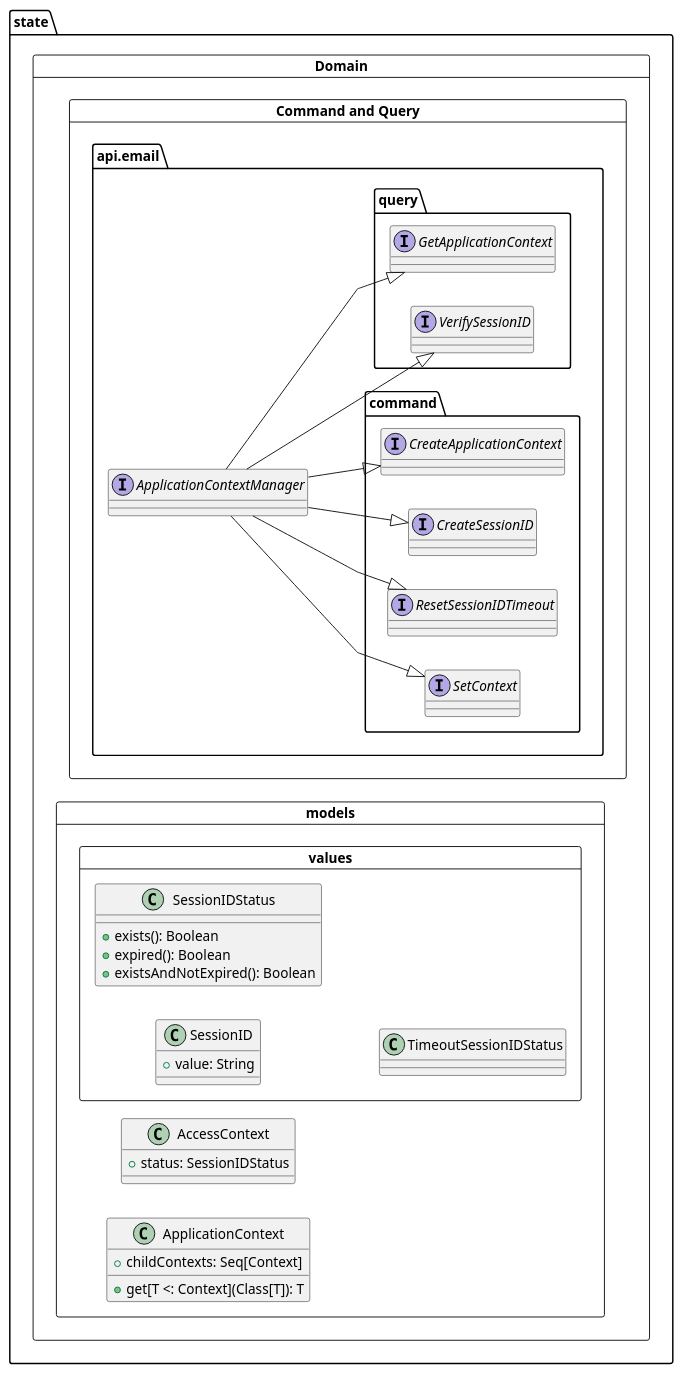
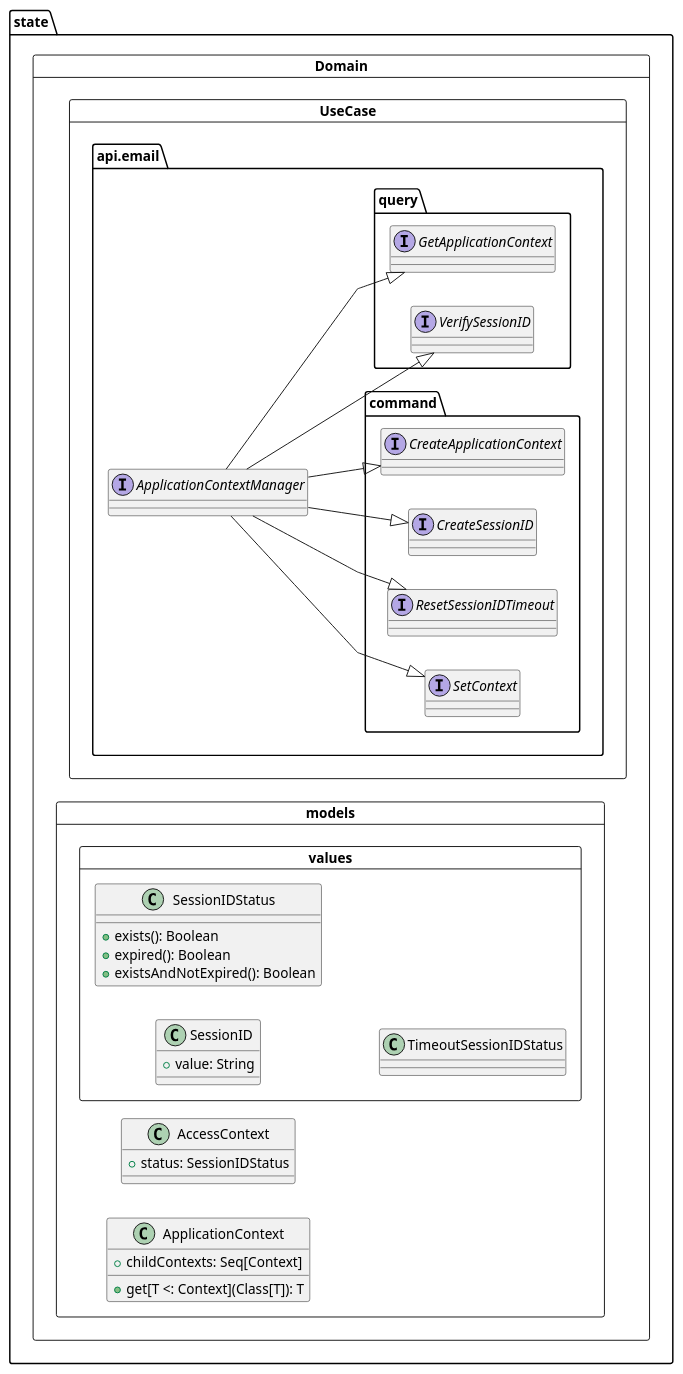
One commit to aya-eiya/gradle-vertx-sample changed the diagram in docs/uml/part/state.puml. Above: the diagram before and after it, drawn with PlantUML. The commit also changed 9 other files, not shown here.

```diff
--- a/docs/uml/part/state.puml
+++ b/docs/uml/part/state.puml
@@ -1,56 +1,55 @@
 @startuml
 skinparam linetype polyline
 left to right direction
 
 package "state" {
-  card "Domain" as state.Domain {
-    card "Command and Query" as state.Domain.CQ {
-      package "api.email" as state.Domain.CQ.api {
-        interface "ApplicationContextManager" as state.Domain.CQ.api.ApplicationContextManager {
-        }
-        package "command" as state.Domain.CQ.api.command {
-          interface "CreateApplicationContext" as state.Domain.CQ.api.command.CreateApplicationContext
-          interface "CreateSessionID" as state.Domain.CQ.api.command.CreateSessionID
-          interface "ResetSessionIDTimeout" as state.Domain.CQ.api.command.ResetSessionIDTimeout
-          interface "SetContext" as state.Domain.CQ.api.command.SetContext
-        }
-        package "query" as state.Domain.CQ.api.query {
-          interface "GetApplicationContext" as state.Domain.CQ.api.query.GetApplicationContext
-          interface "VerifySessionID" as state.Domain.CQ.api.query.VerifySessionID
-        }
+  card "UseCase" as state.Domain.CQ {
+    package "api.email" as state.Domain.CQ.api {
+      interface "ApplicationContextManager" as state.Domain.CQ.api.ApplicationContextManager {
+      }
+      package "command" as state.Domain.CQ.api.command {
+        interface "CreateApplicationContext" as state.Domain.CQ.api.command.CreateApplicationContext
+        interface "CreateSessionID" as state.Domain.CQ.api.command.CreateSessionID
+        interface "ResetSessionIDTimeout" as state.Domain.CQ.api.command.ResetSessionIDTimeout
+        interface "SetContext" as state.Domain.CQ.api.command.SetContext
+      }
+      package "query" as state.Domain.CQ.api.query {
+        interface "GetApplicationContext" as state.Domain.CQ.api.query.GetApplicationContext
+        interface "VerifySessionID" as state.Domain.CQ.api.query.VerifySessionID
       }
     }
   }
 
-  package "Domain" as state.Domain {
+  card "Domain" as state.Domain {
+
     card "models" as state.Domain.models {
       class "AccessContext" as state.Domain.models.AccessContext {
         +status: SessionIDStatus
       }
       class "ApplicationContext" as state.Domain.models.ApplicationContext {
         +childContexts: Seq[Context]
         +get[T <: Context](Class[T]): T
       }
       card "values" as state.Domain.models.values {
         class "SessionID" as state.Domain.models.values.SessionID {
           +value: String
         }
         class "SessionIDStatus" as state.Domain.models.values.SessionIDStatus {
           +exists(): Boolean
           +expired(): Boolean
           +existsAndNotExpired(): Boolean
         }
         class "TimeoutSessionIDStatus" as state.Domain.models.values.TimeoutSessionIDStatus {
         }
       }
     }
   }
 }
 
 state.Domain.CQ.api.ApplicationContextManager -down-|> state.Domain.CQ.api.command.CreateApplicationContext
 state.Domain.CQ.api.ApplicationContextManager -down-|> state.Domain.CQ.api.command.CreateSessionID
 state.Domain.CQ.api.ApplicationContextManager -down-|> state.Domain.CQ.api.command.ResetSessionIDTimeout
 state.Domain.CQ.api.ApplicationContextManager -down-|> state.Domain.CQ.api.command.SetContext
 state.Domain.CQ.api.ApplicationContextManager -down-|> state.Domain.CQ.api.query.GetApplicationContext
 state.Domain.CQ.api.ApplicationContextManager -down-|> state.Domain.CQ.api.query.VerifySessionID
 @enduml
```
